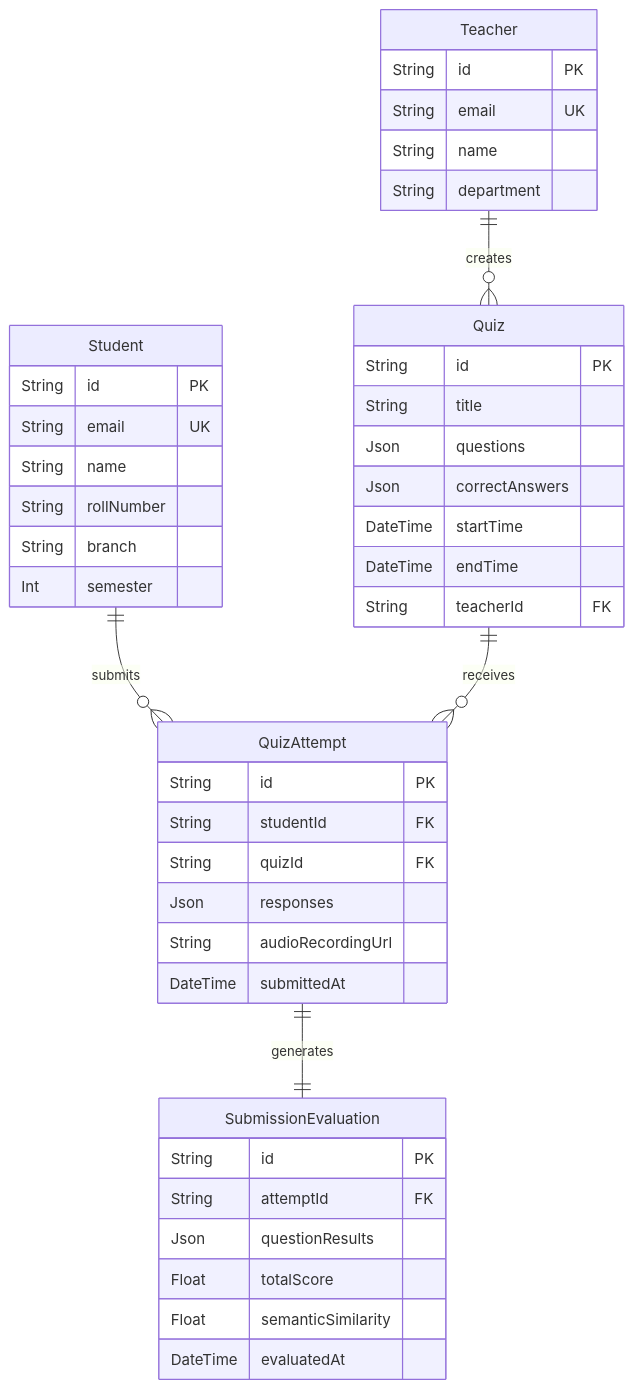
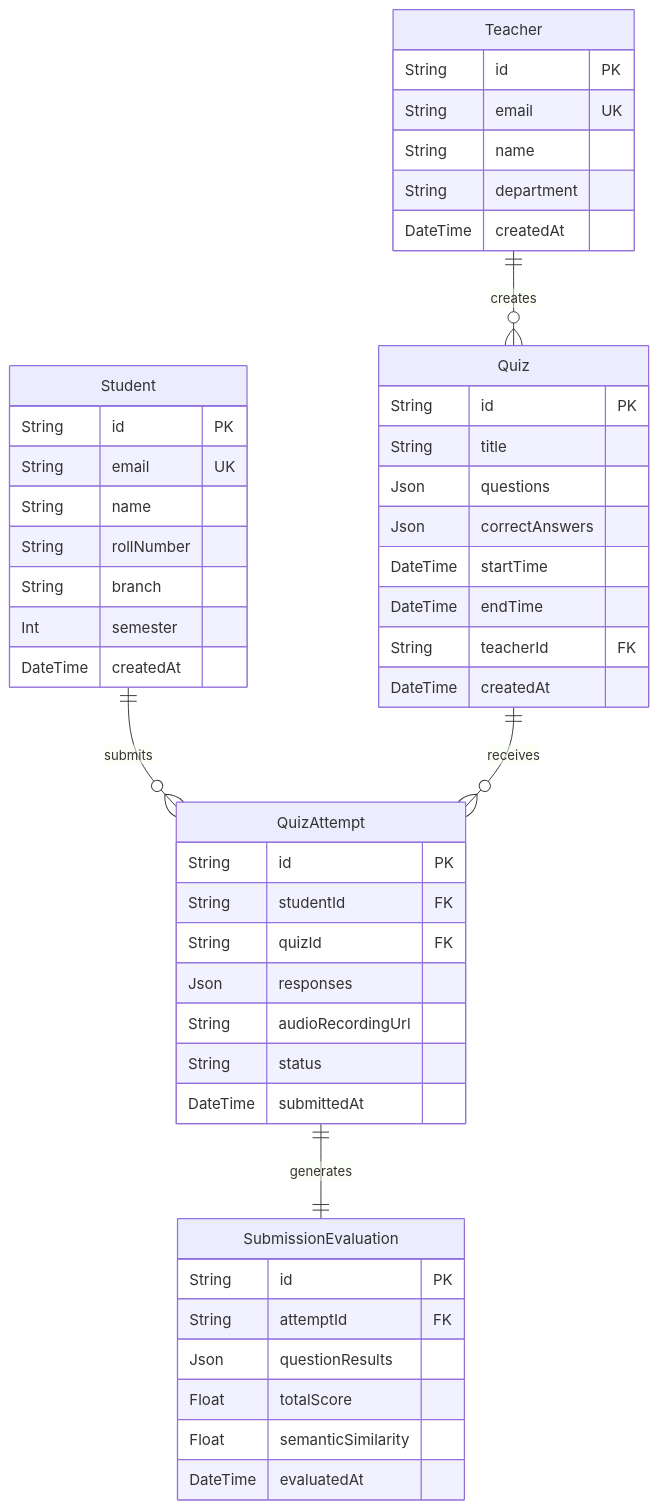
Before and after one commit to shreedharkb/Speechify: the second of 3 diagrams in README.md, drawn with Mermaid. The commit also changed other lines of this file, not shown here.

Commit message:
docs: update README with deployment badges, refined feature descriptions, and enhanced system architecture diagrams

````diff
--- a/README.md
+++ b/README.md
@@ -131,51 +152,55 @@
 ```mermaid
 erDiagram
     Teacher ||--o{ Quiz : "creates"
     Student ||--o{ QuizAttempt : "submits"
     Quiz ||--o{ QuizAttempt : "receives"
     QuizAttempt ||--|| SubmissionEvaluation : "generates"
 
     Student {
         String id PK
         String email UK
         String name
         String rollNumber
         String branch
         Int semester
+        DateTime createdAt
     }
 
     Teacher {
         String id PK
         String email UK
         String name
         String department
+        DateTime createdAt
     }
 
     Quiz {
         String id PK
         String title
         Json questions
         Json correctAnswers
         DateTime startTime
         DateTime endTime
         String teacherId FK
+        DateTime createdAt
     }
 
     QuizAttempt {
         String id PK
         String studentId FK
         String quizId FK
         Json responses
         String audioRecordingUrl
+        String status
         DateTime submittedAt
     }
 
     SubmissionEvaluation {
         String id PK
         String attemptId FK
         Json questionResults
         Float totalScore
         Float semanticSimilarity
         DateTime evaluatedAt
     }
 ```
````
